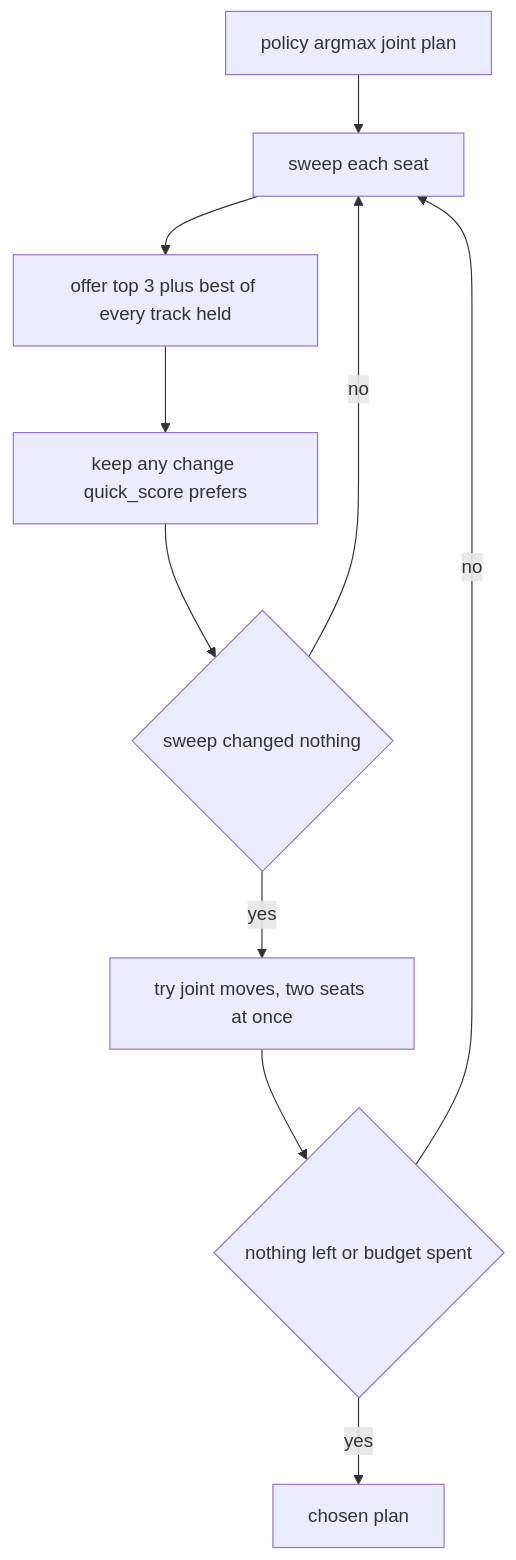
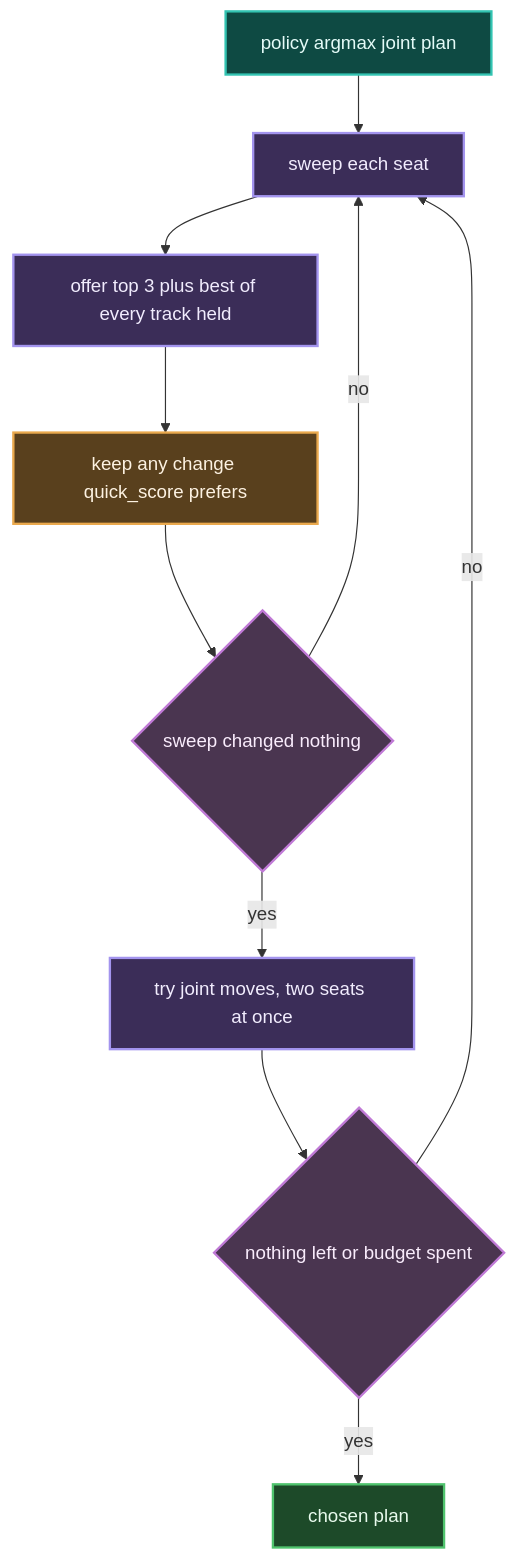
The seventh of 7 diagrams in README.md (Angle-Brackets/TTRSolver), drawn with Mermaid before and after one commit. The commit also changed other lines of this file, not shown here.

First line of the commit message:
README: current architecture, consumables, and coloured diagrams

````diff
--- a/README.md
+++ b/README.md
@@ -412,12 +551,24 @@
 ```mermaid
 flowchart TD
     S[policy argmax joint plan] --> L[sweep each seat]
     L --> W[offer top 3 plus best of every track held]
     W --> K[keep any change quick_score prefers]
     K --> Z{sweep changed nothing}
     Z -->|no| L
     Z -->|yes| J[try joint moves, two seats at once]
     J --> Z2{nothing left or budget spent}
     Z2 -->|no| L
     Z2 -->|yes| OUT[chosen plan]
+
+    classDef pos fill:#1e3a5f,stroke:#5aa0e0,stroke-width:2px,color:#eaf3fc
+    classDef search fill:#3b2d58,stroke:#a394ee,stroke-width:2px,color:#f1ecfd
+    classDef policy fill:#0e4a43,stroke:#33c4b2,stroke-width:2px,color:#e4fbf8
+    classDef score fill:#59401d,stroke:#eaa94d,stroke-width:2px,color:#fdf2e2
+    classDef result fill:#1d4a29,stroke:#4fc36d,stroke-width:2px,color:#e8faed
+    classDef chance fill:#4a3550,stroke:#c07ad6,stroke-width:2px,color:#f9ecfc
+    class S policy
+    class L,W,J search
+    class K score
+    class Z,Z2 chance
+    class OUT result
 ```
````
